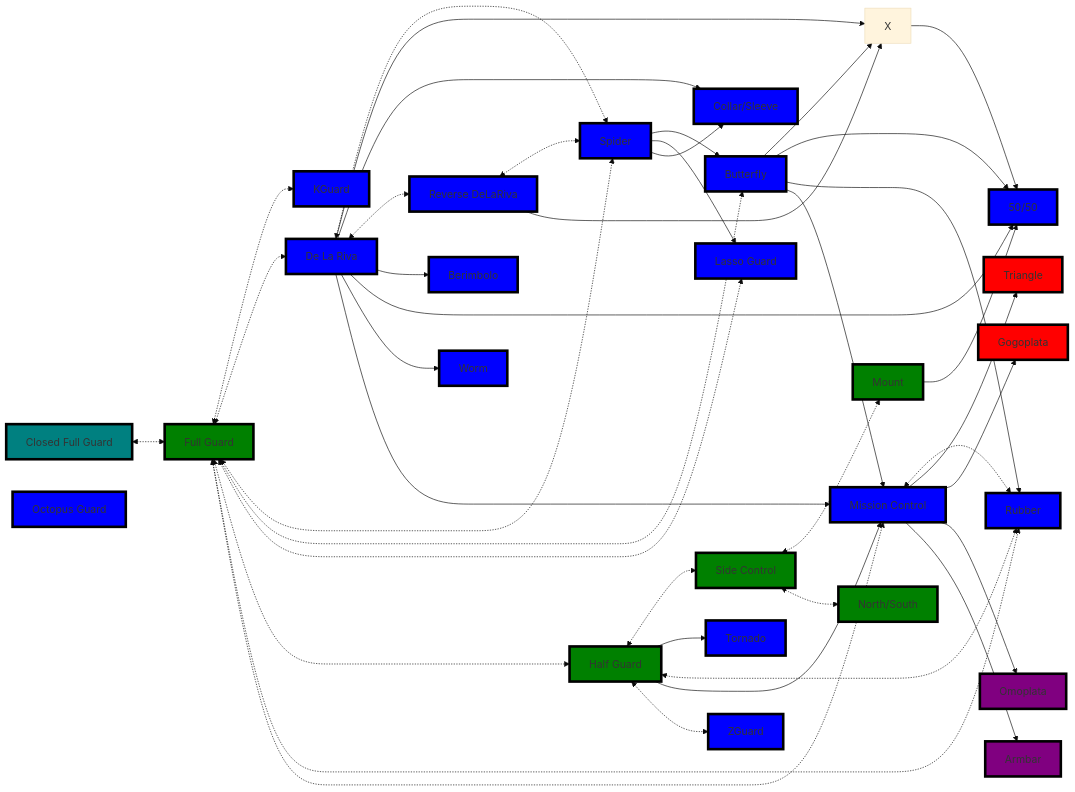
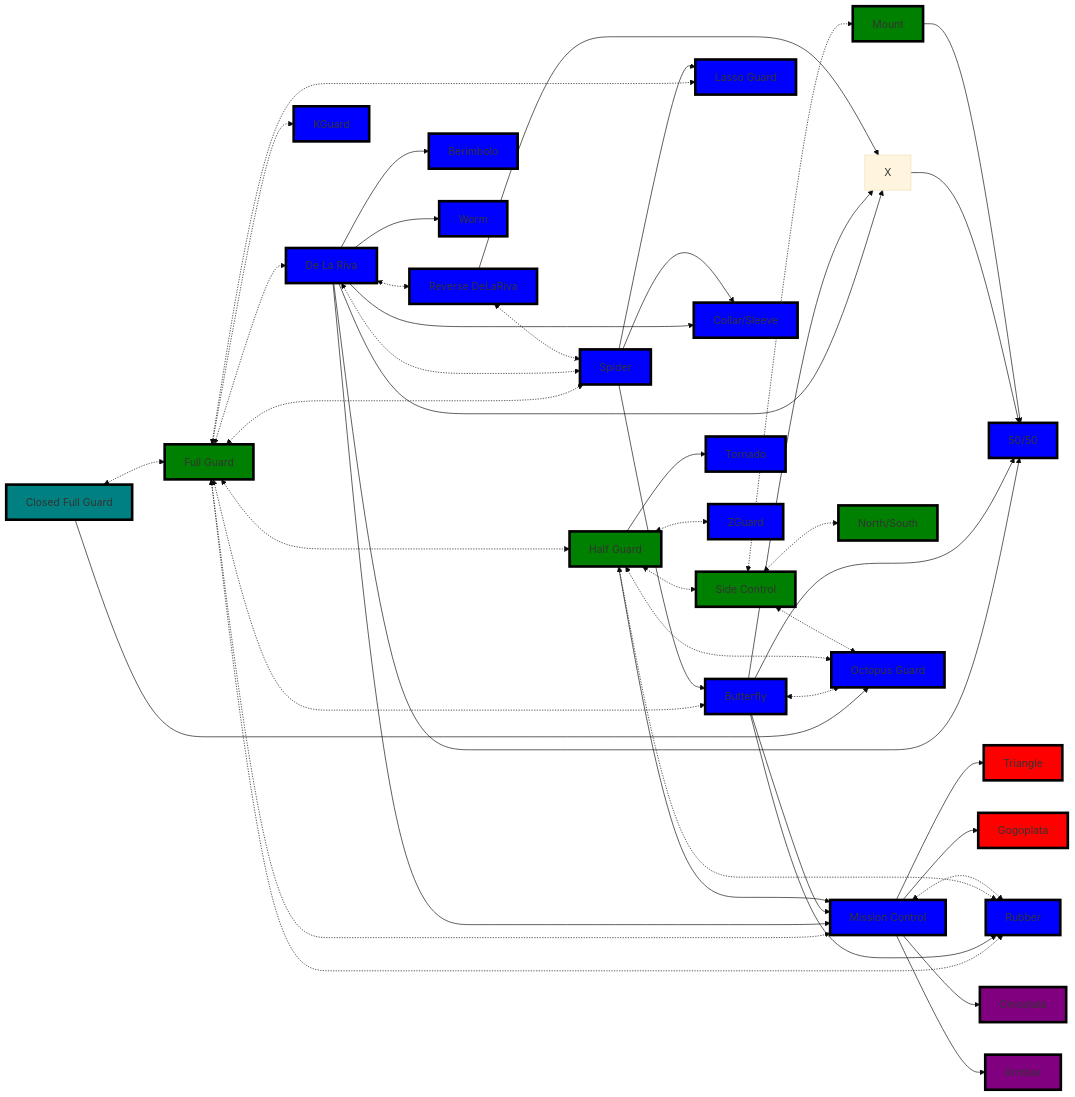
Before and after one commit to jacgit18/DevHiveMind: the first of 4 diagrams in _Fitness/MMA/Real World BJJ Flows.md, drawn with Mermaid (base theme). The commit also changed other lines of this file and 7 other files, not shown here.

```diff
--- a/_Fitness/MMA/Real World BJJ Flows.md
+++ b/_Fitness/MMA/Real World BJJ Flows.md
@@ -30,6 +30,11 @@
 	2[Gogoplata]
 	3[Omoplata]
 	4[Armbar]
+
+	Closed --> OctopusGuard
+	D <-.-> OctopusGuard
+	H <-.-> OctopusGuard
+	I <-.-> OctopusGuard
 
 	Closed <-.-> A
 	A <-.-> KGuard
```
